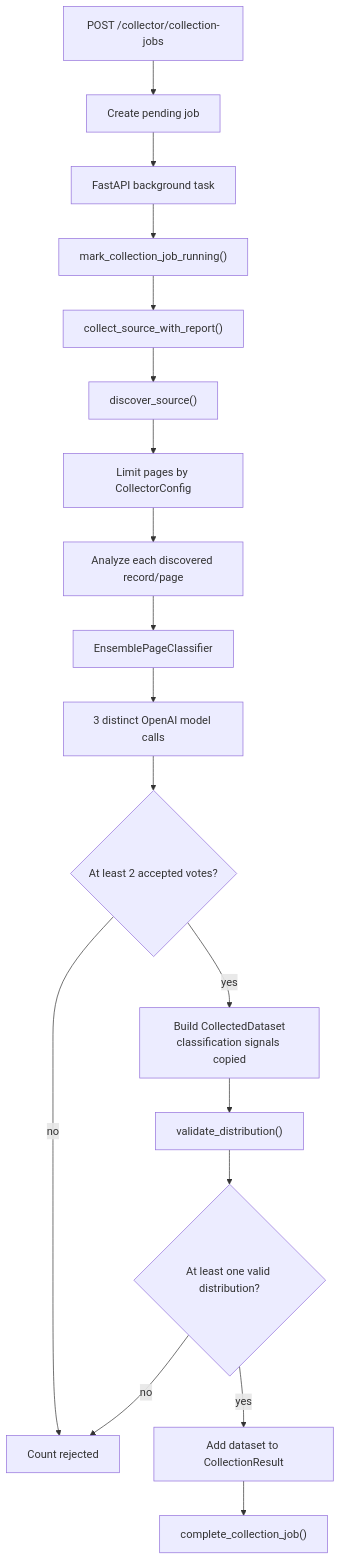
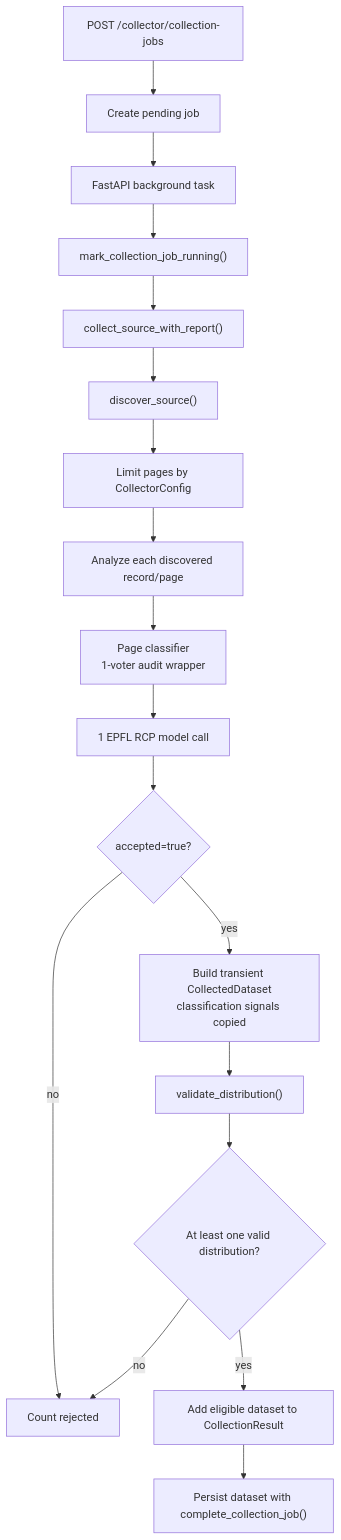
Before and after one commit to nicolasberlin/global-health-dataset-catalog: the fourth of 7 diagrams in docs/collector-pipeline-diagram.md, drawn with Mermaid. The commit also changed other lines of this file and 33 other files, not shown here.

Commit message:
Switch default classifier to EPFL RCP

````diff
--- a/docs/collector-pipeline-diagram.md
+++ b/docs/collector-pipeline-diagram.md
@@ -117,20 +117,20 @@
 ```mermaid
 flowchart TD
     Start["POST /collector/collection-jobs"] --> Create["Create pending job"]
     Create --> Background["FastAPI background task"]
     Background --> Running["mark_collection_job_running()"]
     Running --> Collect["collect_source_with_report()"]
     Collect --> Discover["discover_source()"]
     Discover --> Limit["Limit pages by CollectorConfig"]
     Limit --> Analyze["Analyze each discovered record/page"]
-    Analyze --> PageClassifier["EnsemblePageClassifier"]
-    PageClassifier --> PageModels["3 distinct OpenAI model calls"]
-    PageModels --> Accepted{"At least 2 accepted votes?"}
+    Analyze --> PageClassifier["Page classifier<br/>1-voter audit wrapper"]
+    PageClassifier --> PageModel["1 EPFL RCP model call"]
+    PageModel --> Accepted{"accepted=true?"}
     Accepted -->|no| Rejected["Count rejected"]
-    Accepted -->|yes| Candidate["Build CollectedDataset<br/>classification signals copied"]
-    Candidate --> Validate["validate_distribution()"]
+    Accepted -->|yes| Transient["Build transient CollectedDataset<br/>classification signals copied"]
+    Transient --> Validate["validate_distribution()"]
     Validate --> Valid{"At least one valid distribution?"}
     Valid -->|no| Rejected
-    Valid -->|yes| Result["Add dataset to CollectionResult"]
-    Result --> Complete["complete_collection_job()"]
+    Valid -->|yes| Result["Add eligible dataset to CollectionResult"]
+    Result --> Complete["Persist dataset with complete_collection_job()"]
 ```
````
